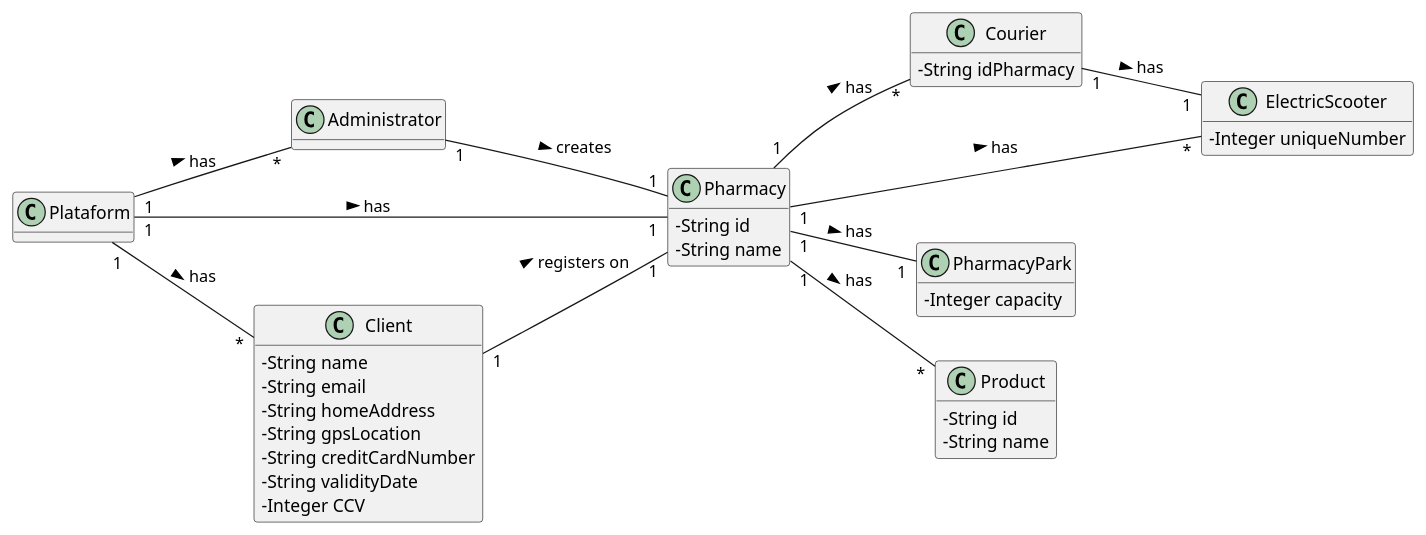
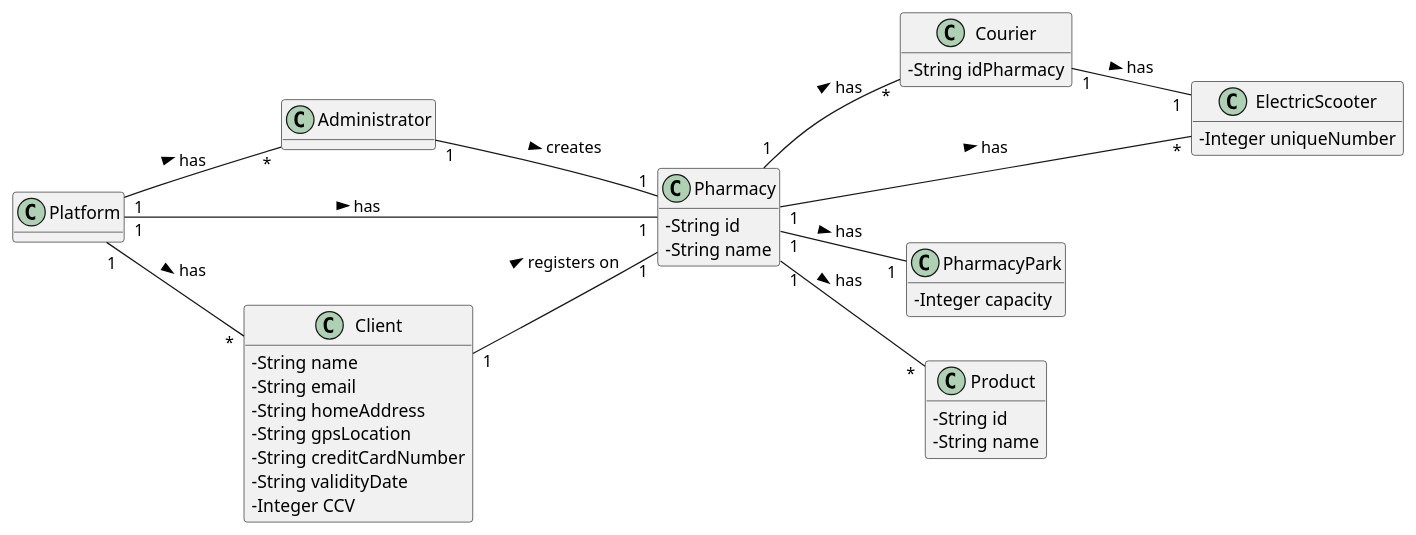
One commit to 1191259/ProjetoLapr3 changed the diagram in docs/Sprint1/Sprint1_MD.puml. Above: the diagram before and after it, drawn with PlantUML.

Commit message:
correction Sprint1 MD

```diff
--- a/docs/Sprint1/Sprint1_MD.puml
+++ b/docs/Sprint1/Sprint1_MD.puml
@@ -1,73 +1,73 @@
 @startuml
 skinparam classAttributeIconSize 0
 hide methods
 left to right direction
 
-class Plataform {
+class Platform {
 
 }
 
 
 class Administrator {
 
 }
 
 class Courier {
   -String idPharmacy
 }
 
 class ElectricScooter {
   -Integer uniqueNumber
 
 }
 
 class Pharmacy {
   -String id
   -String name
 }
 
 class PharmacyPark {
   -Integer capacity
 
 }
 
 class Client {
   -String name
   -String email
   -String homeAddress
   -String gpsLocation
   -String creditCardNumber
   -String validityDate
   -Integer CCV
 }
 
 class Product {
   -String id
   -String name
 }
 
 
-Plataform "1" -- "*" Administrator : has >
+Platform "1" -- "*" Administrator : has >
 
-Plataform "1" -- "*" Client : has >
+Platform "1" -- "*" Client : has >
 
 
-Plataform "1" -- "1" Pharmacy : has >
+Platform "1" -- "1" Pharmacy : has >
 
 Administrator "1" -- "1" Pharmacy : creates >
 
 Client "1" -- "1" Pharmacy : registers on >
 
 Pharmacy "1" -- "1" PharmacyPark : has >
 
 Pharmacy "1" -- "*" Courier : has >
 
 Pharmacy "1" -- "*" Product : has >
 
 Courier "1" -- "1" ElectricScooter : has >
 
 Pharmacy "1" -- "*" ElectricScooter : has >
 
 
 
 @enduml
```
